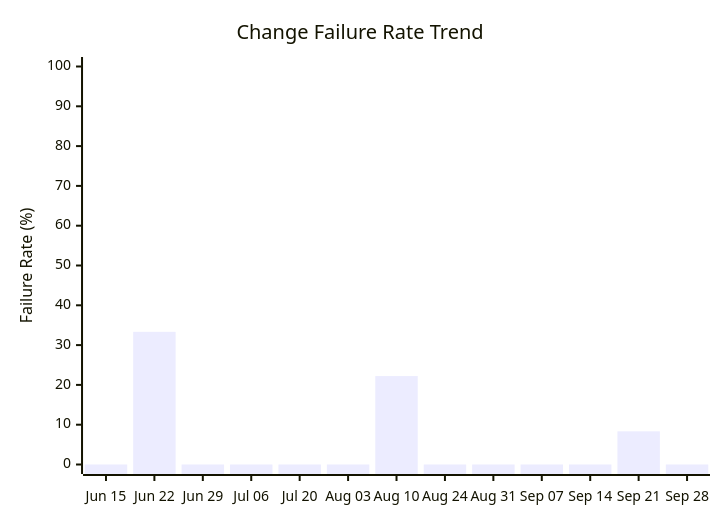
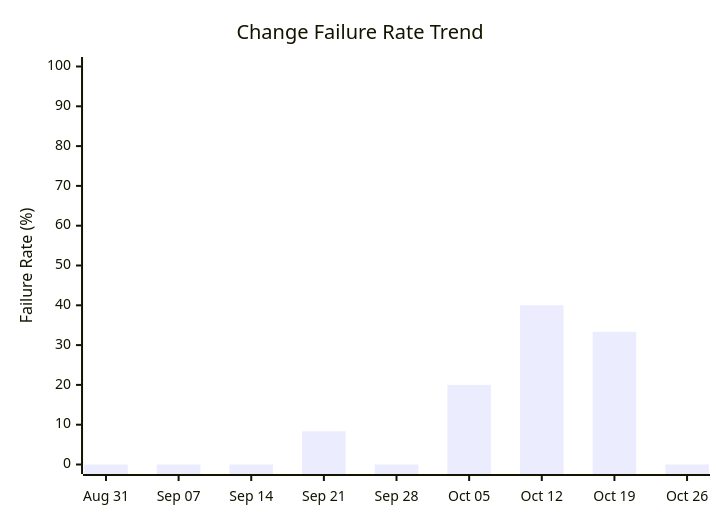
One commit to ukma-cs-ssdm-2025/rate-ukma changed the fourth of 4 diagrams in docs/ci-cd/dora-summary.md. Above: the diagram before and after it, drawn with Mermaid. The commit also changed other lines of this file, not shown here.

````diff
--- a/docs/ci-cd/dora-summary.md
+++ b/docs/ci-cd/dora-summary.md
@@ -71,7 +67,7 @@
 ```mermaid
 xychart-beta
     title "Change Failure Rate Trend"
-    x-axis ["Jun 15", "Jun 22", "Jun 29", "Jul 06", "Jul 20", "Aug 03", "Aug 10", "Aug 24", "Aug 31", "Sep 07", "Sep 14", "Sep 21", "Sep 28"]
+    x-axis ["Aug 31", "Sep 07", "Sep 14", "Sep 21", "Sep 28", "Oct 05", "Oct 12", "Oct 19", "Oct 26"]
     y-axis "Failure Rate (%)" 0 --> 100
-    bar [0.00, 33.33, 0.00, 0.00, 0.00, 0.00, 22.22, 0.00, 0.00, 0.00, 0.00, 8.33, 0.00]
+    bar [0.00, 0.00, 0.00, 8.33, 0.00, 20.00, 40.00, 33.33, 0.00]
 ```
````
